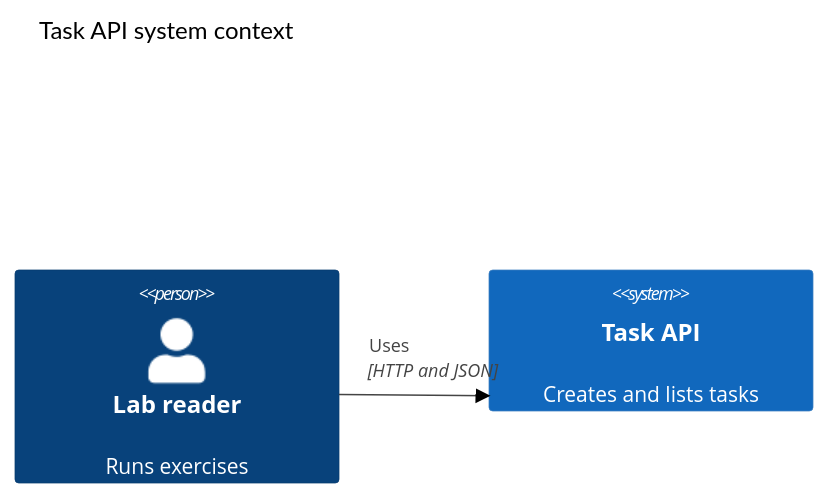
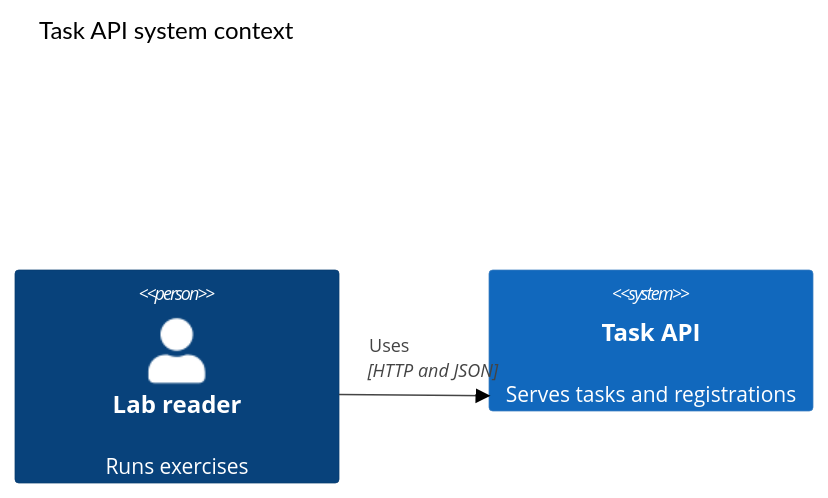
Before and after one commit to woliveiras/woliveiras.github.io: the first of 2 diagrams in src/content/books/hands-on-coding-assistants/ch-13-automated-documentation.mdx, drawn with Mermaid (neutral theme). The commit also changed other lines of this file, not shown here.

Commit message:
refac: clarify description and improve task documentation in chapter 13

````diff
--- a/src/content/books/hands-on-coding-assistants/ch-13-automated-documentation.mdx
+++ b/src/content/books/hands-on-coding-assistants/ch-13-automated-documentation.mdx
@@ -53,8 +78,8 @@
 ```mermaid
 C4Context
     title Task API system context
     Person(reader, "Lab reader", "Runs exercises")
-    System(taskApi, "Task API", "Creates and lists tasks")
+    System(taskApi, "Task API", "Serves tasks and registrations")
     Rel(reader, taskApi, "Uses", "HTTP and JSON")
     UpdateRelStyle(reader, taskApi, $offsetX="-30", $offsetY="-36")
 ```
````
